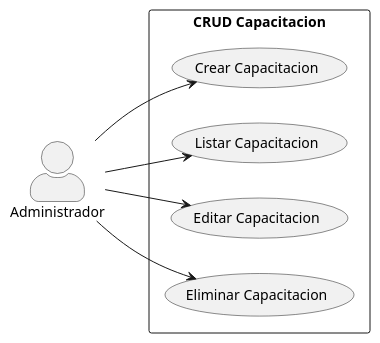
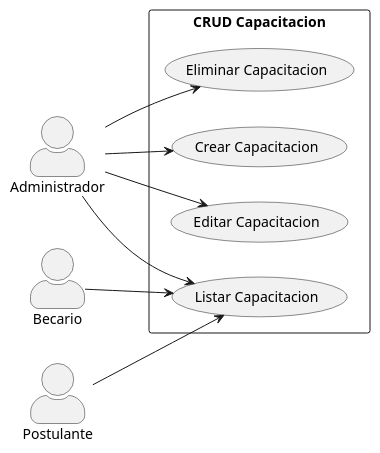
The diagram in casos_de_uso/diagramas_casos_de_uso/crud_capacitacion.puml (Dievex/24-25-IdSw1-SDR), drawn with PlantUML before and after one commit. The commit also changed 1 other file, not shown here.

Commit message:
docs(use_case_diagrams): add postulante and becario access to list operations

```diff
--- a/casos_de_uso/diagramas_casos_de_uso/crud_capacitacion.puml
+++ b/casos_de_uso/diagramas_casos_de_uso/crud_capacitacion.puml
@@ -1,19 +1,22 @@
 @startuml
 skinparam actorStyle awesome
 left to right direction
 actor "Administrador" as Admin
 
 rectangle "CRUD Capacitacion" {
   usecase "Crear Capacitacion" as CrearCapacitacion
   usecase "Listar Capacitacion" as ListarCapacitacion
   usecase "Editar Capacitacion" as EditarCapacitacion
   usecase "Eliminar Capacitacion" as EliminarCapacitacion
 }
 
 Admin --> CrearCapacitacion
 Admin --> ListarCapacitacion
 Admin --> EditarCapacitacion
 Admin --> EliminarCapacitacion
 
+Becario --> ListarCapacitacion
+Postulante --> ListarCapacitacion
+
 
 @enduml
```
